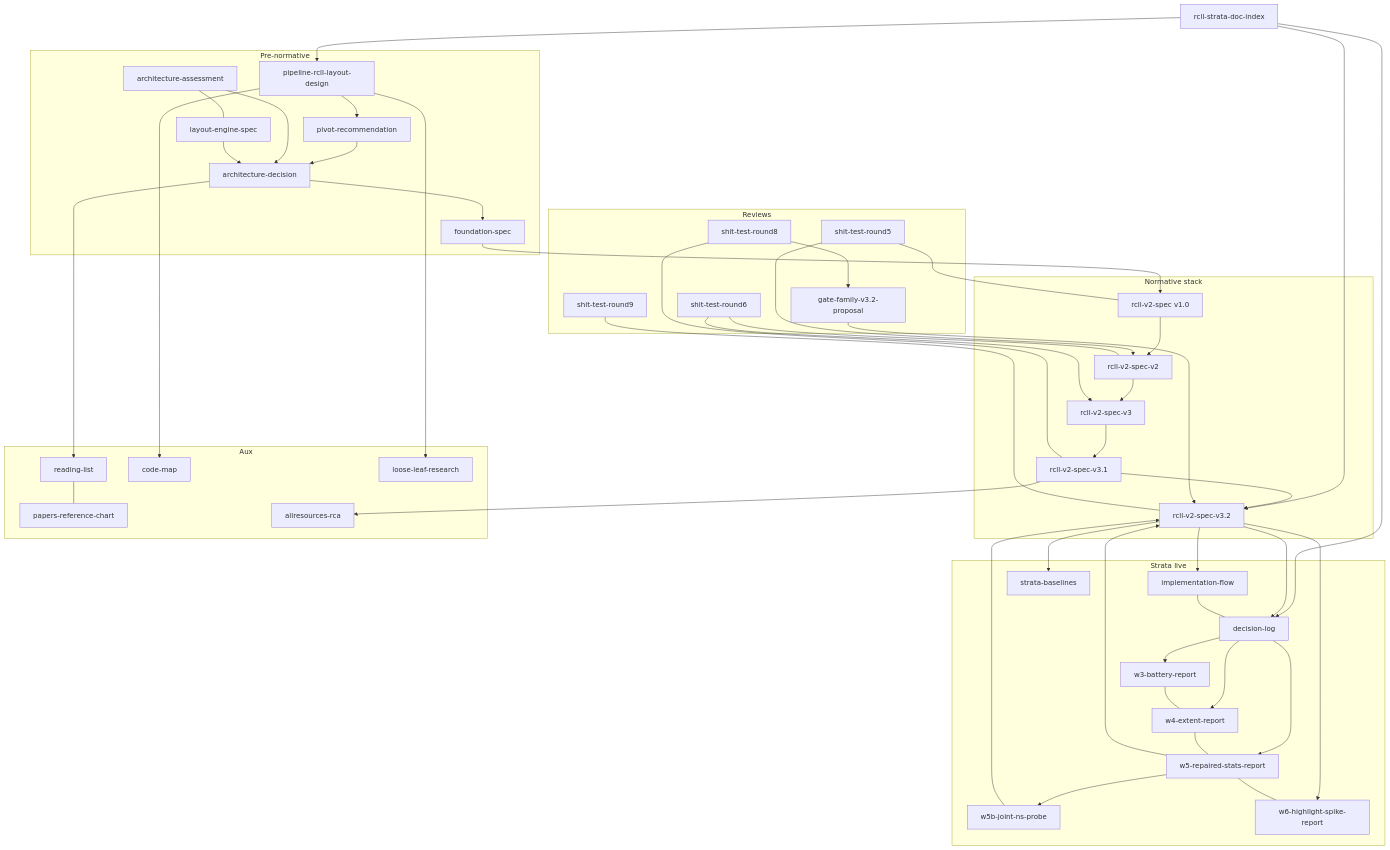
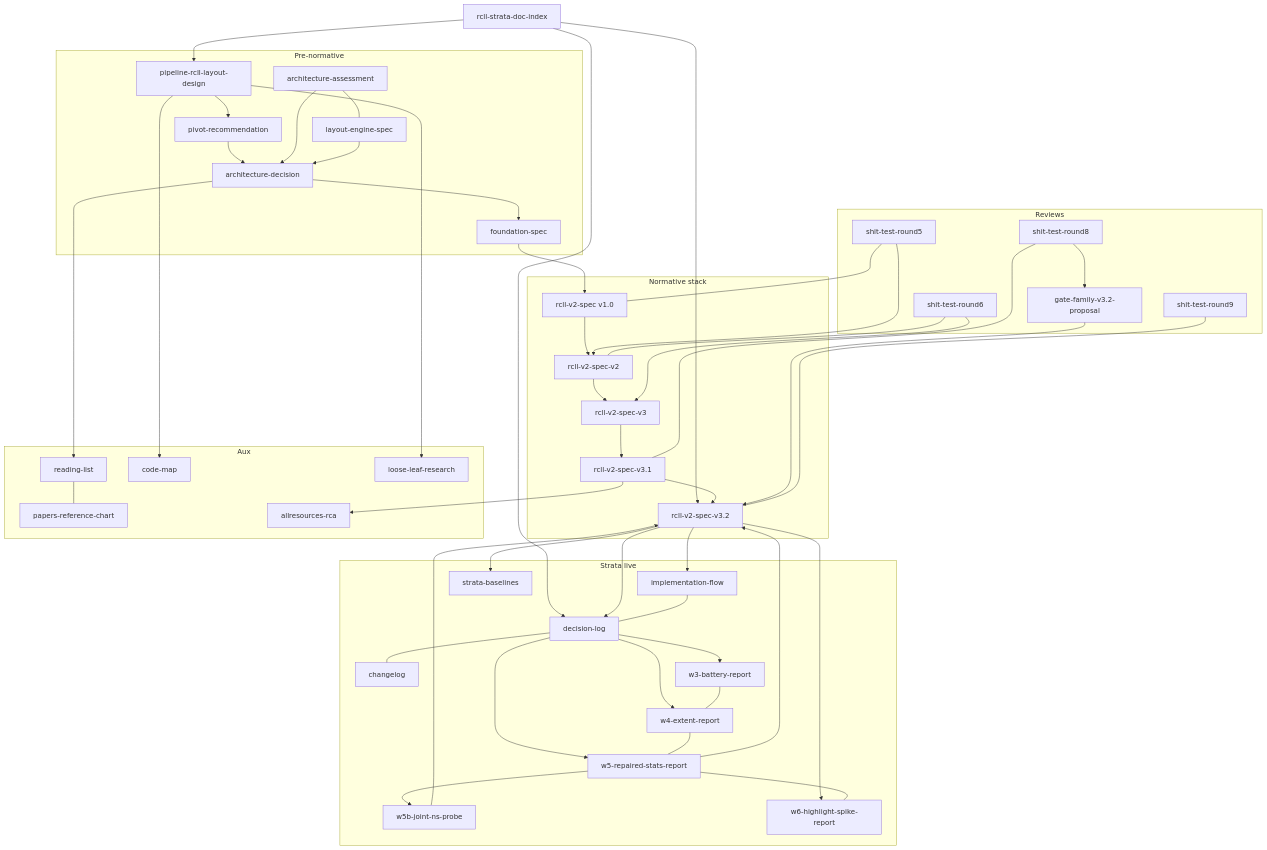
Before and after one commit to TusharSariya/excalidraw-tf: the diagram in docs/rcll-strata-doc-index.md, drawn with Mermaid. The commit also changed other lines of this file and 2 other files, not shown here.

Commit message:
docs(strata): add chronological change log for the RCLL/Strata campaign
47 retroactive rows (RCLL v1 era + Strata era) reconstructed from git
history and the SDEC register; header rule: every behavior/default/
spec/measurement change appends a row. Registered in the doc index;
decision-log header points here for shipped-change chronology.

Claude-Session: https://claude.ai/code/session_01Xg3u7o2PS9prcy5JbhB9hx

```diff
--- a/docs/rcll-strata-doc-index.md
+++ b/docs/rcll-strata-doc-index.md
@@ -122,6 +123,7 @@
   subgraph strata [Strata live]
     Flow[implementation-flow]
     Log[decision-log]
+    Changelog[changelog]
     W3[w3-battery-report]
     W4[w4-extent-report]
     W5[w5-repaired-stats-report]
@@ -167,6 +169,7 @@
   V32 --> Flow
   V32 --> Log
   Flow --- Log
+  Log --- Changelog
   Log --> W3
   Log --> W4
   Log --> W5
```
